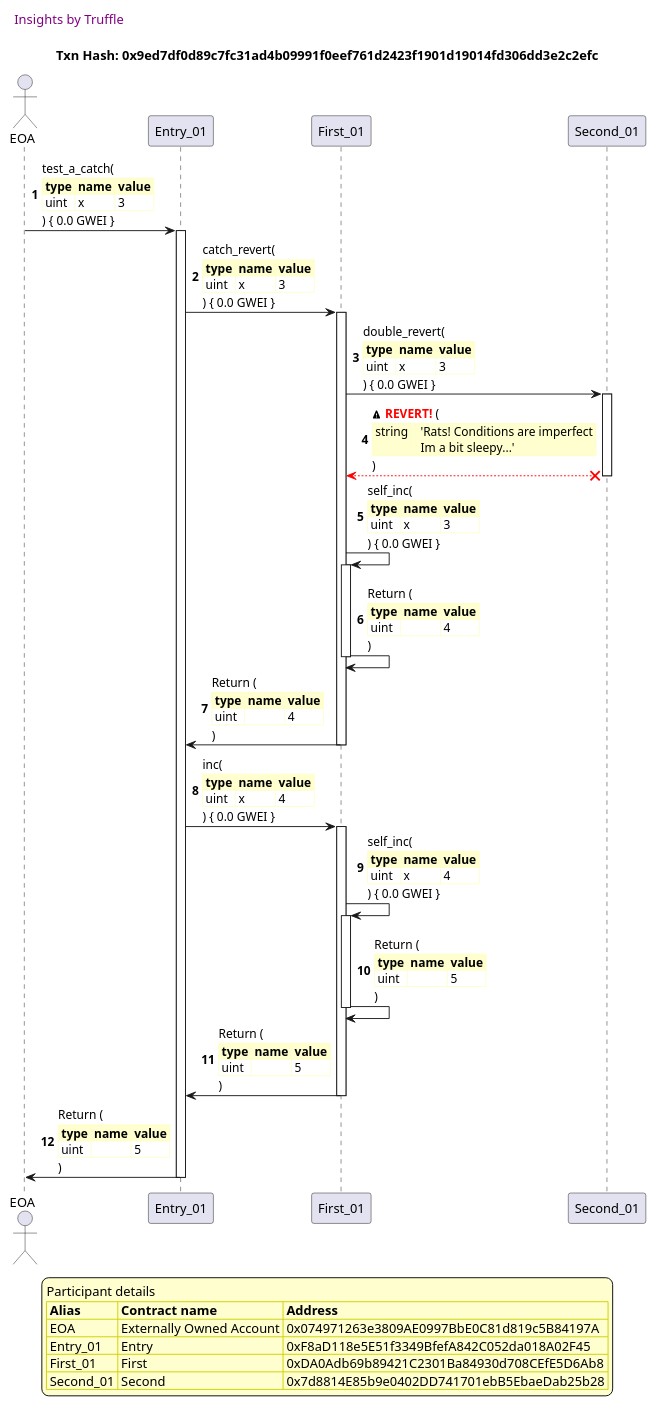
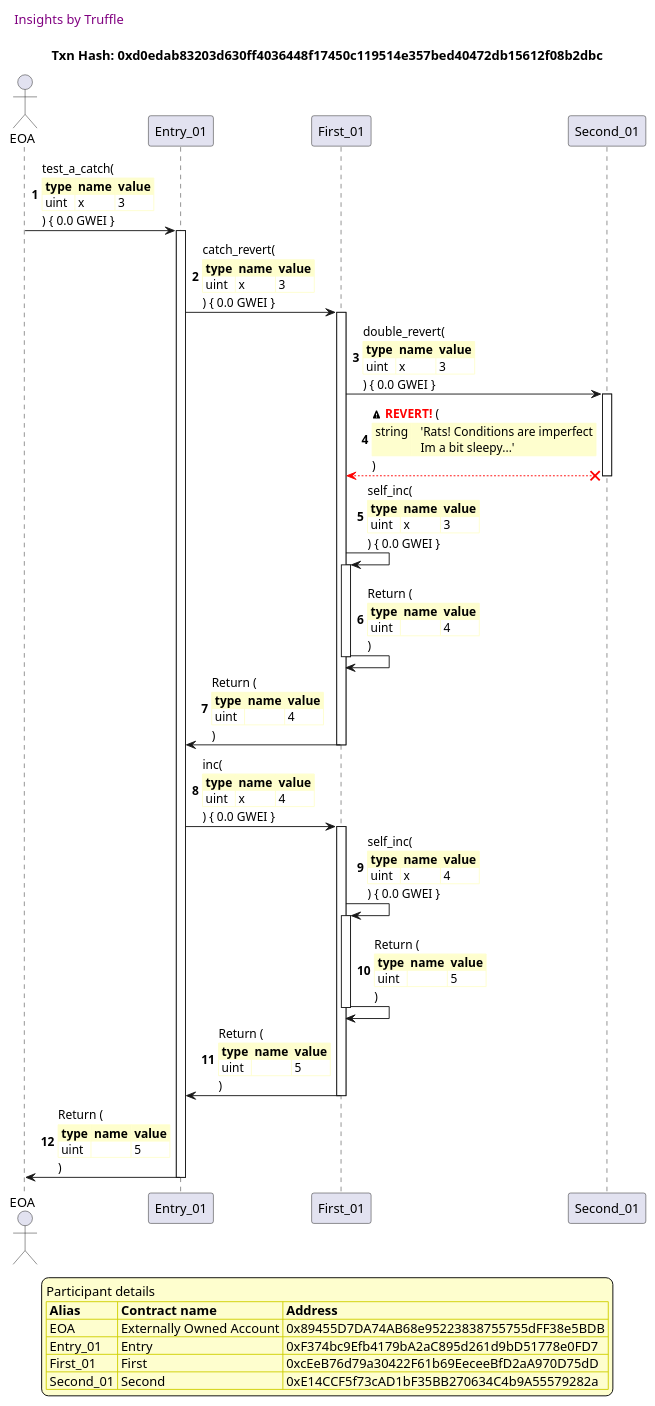
The seventh of 8 diagrams in truffle-seq/basics.md (trufflesuite/txlog-seedlings), drawn with PlantUML before and after one commit. The commit also changed other lines of this file and 8 other files, not shown here.

```diff
--- a/truffle-seq/basics.md
+++ b/truffle-seq/basics.md
@@ -390,7 +390,7 @@
 
 header Insights by Truffle
 
-title Txn Hash: 0x9ed7df0d89c7fc31ad4b09991f0eef761d2423f1901d19014fd306dd3e2c2efc
+title Txn Hash: 0xd0edab83203d630ff4036448f17450c119514e357bed40472db15612f08b2dbc
 
 
 actor EOA as "EOA"
@@ -451,10 +451,10 @@
 legend
 Participant details
 <#FEFECE,#D0D000>|= Alias |= Contract name |= Address |
-<#FEFECE>| EOA | Externally Owned Account | 0x074971263e3809AE0997BbE0C81d819c5B84197A |
-<#FEFECE>| Entry_01 | Entry | 0xF8aD118e5E51f3349BfefA842C052da018A02F45 |
-<#FEFECE>| First_01 | First | 0xDA0Adb69b89421C2301Ba84930d708CEfE5D6Ab8 |
-<#FEFECE>| Second_01 | Second | 0x7d8814E85b9e0402DD741701ebB5EbaeDab25b28 |
+<#FEFECE>| EOA | Externally Owned Account | 0x89455D7DA74AB68e95223838755755dFF38e5BDB |
+<#FEFECE>| Entry_01 | Entry | 0xF374bc9Efb4179bA2aC895d261d9bD51778e0FD7 |
+<#FEFECE>| First_01 | First | 0xcEeB76d79a30422F61b69EeceeBfD2aA970D75dD |
+<#FEFECE>| Second_01 | Second | 0xE14CCF5f73cAD1bF35BB270634C4b9A55579282a |
 endlegend
 
 @enduml
```
